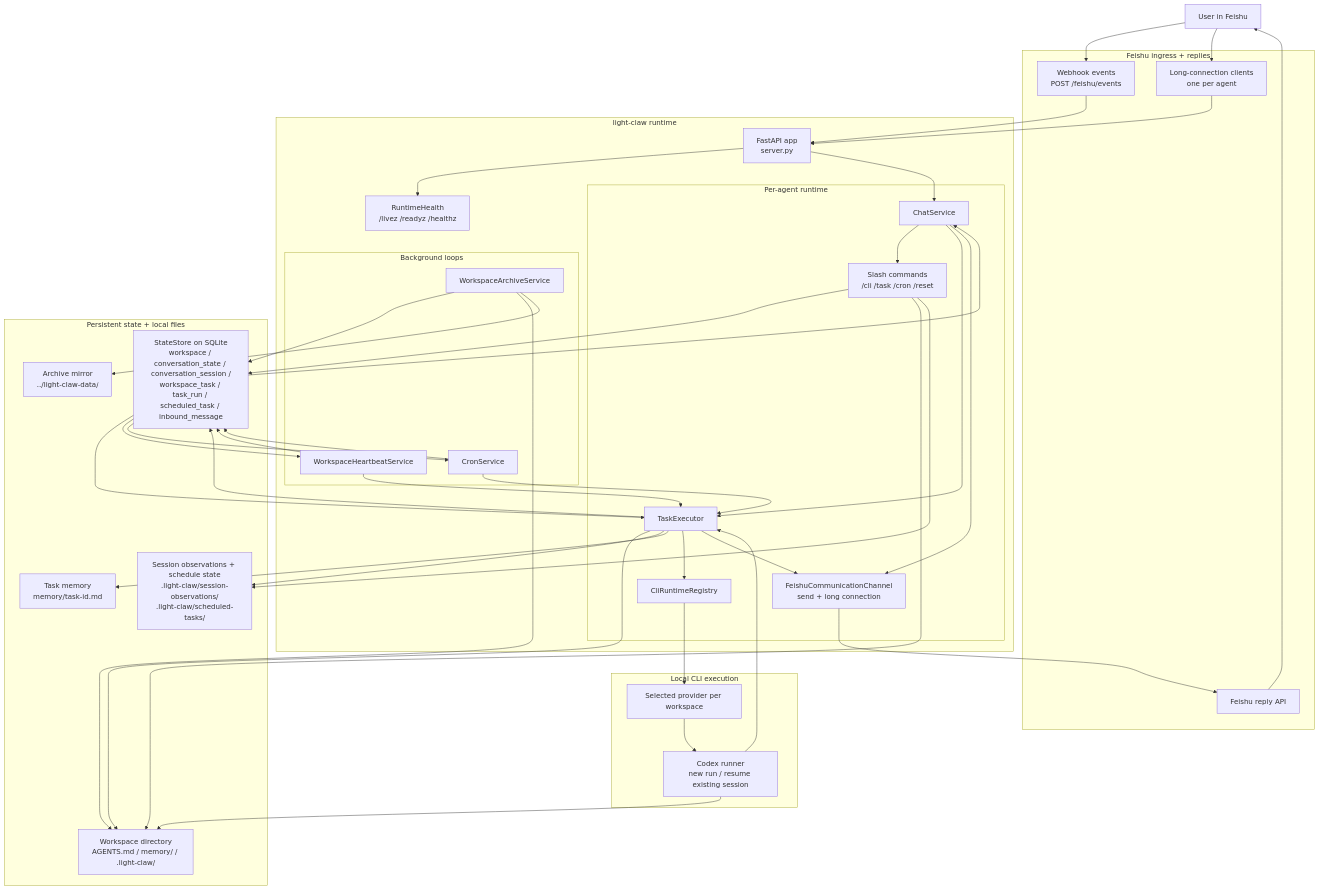
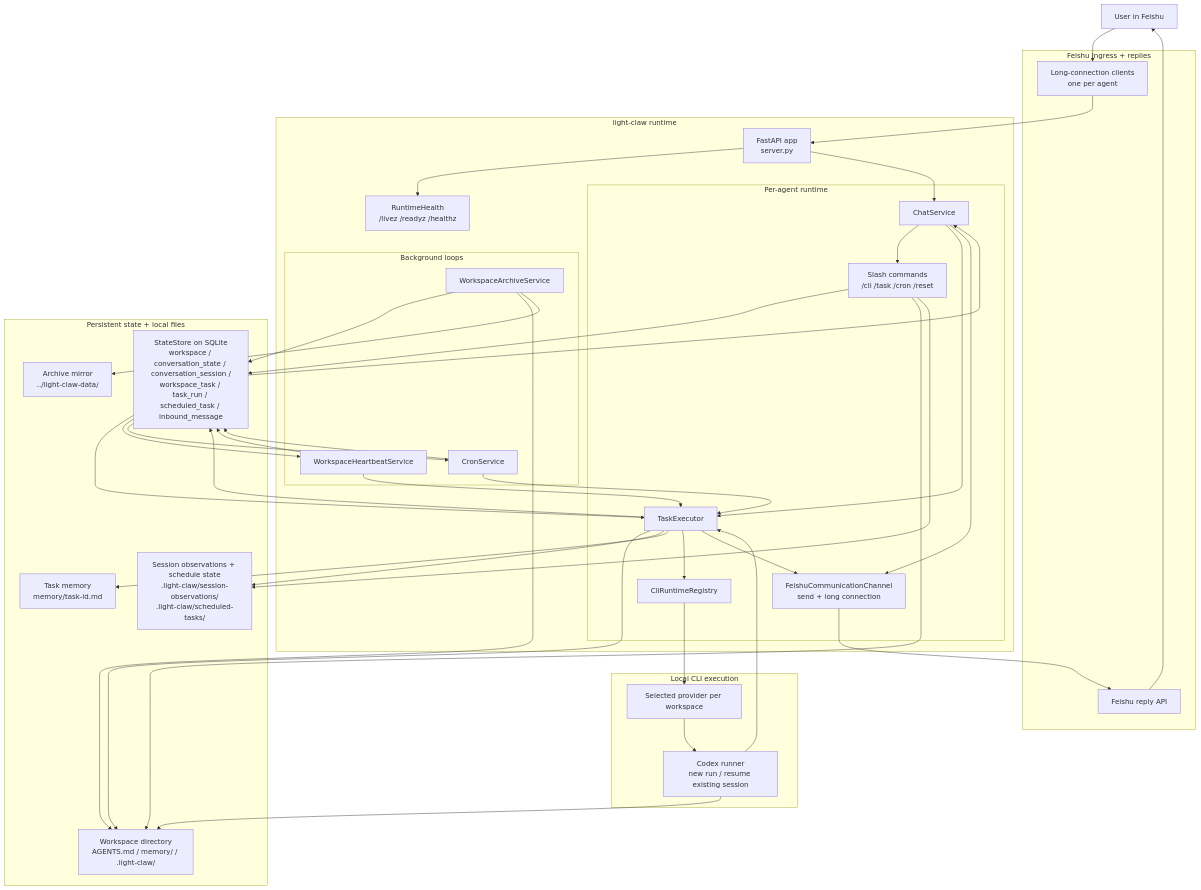
One commit to Skywuuuu/light-claw changed the diagram in README.md. Above: the diagram before and after it, drawn with Mermaid. The commit also changed other lines of this file and 9 other files, not shown here.

Commit message:
Remove Feishu webhook mode

```diff
--- a/README.md
+++ b/README.md
@@ -46,7 +45,6 @@
   user[User in Feishu]
 
   subgraph ingress[Feishu ingress + replies]
-    webhook[Webhook events\nPOST /feishu/events]
     longconn[Long-connection clients\none per agent]
     reply_api[Feishu reply API]
   end
@@ -83,9 +81,7 @@
     codex[Codex runner\nnew run / resume existing session]
   end
 
-  user --> webhook
   user --> longconn
-  webhook --> app
   longconn --> app
   app --> health
   app --> chat
```
